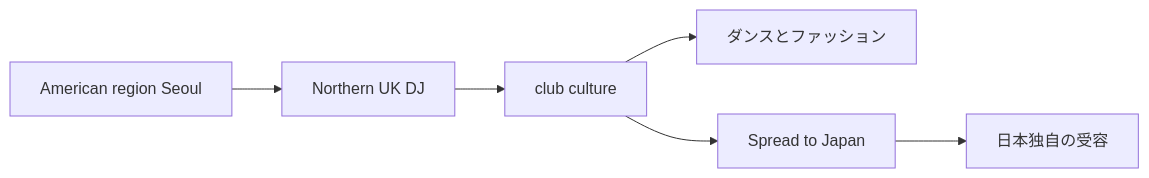
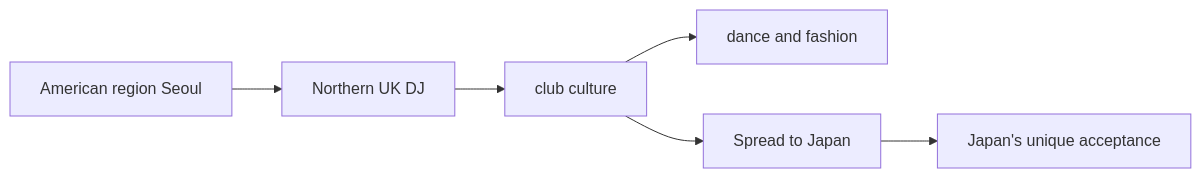
The second of 2 diagrams in en/_posts/2026-01-16-column-northern-soul.md (monumental-movement/monumental-movement.github.io), drawn with Mermaid before and after one commit. The commit also changed other lines of this file and 851 other files, not shown here.

```diff
--- a/en/_posts/2026-01-16-column-northern-soul.md
+++ b/en/_posts/2026-01-16-column-northern-soul.md
@@ -156,8 +156,8 @@
 <div class="mermaid">
 graph LR
 A[American region Seoul] --> B[Northern UK DJ]
 B --> C[club culture]
-C --> D[ダンスとファッション]
+C --> D[dance and fashion]
 C --> E[Spread to Japan]
-E --> F[日本独自の受容]
+E --> F[Japan's unique acceptance]
 </div>
```
